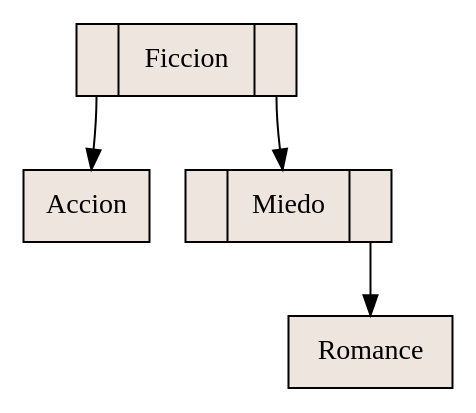
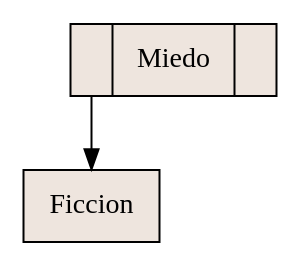
One commit to RoberttHernan/EDD_1S2020_PY2_201700870 changed the diagram in Proyecto2_EDD/graficas/Avl_grafico.dot. Above: the diagram before and after it, drawn with Graphviz. The commit also changed 24 other files, not shown here.

```diff
--- a/Proyecto2_EDD/graficas/Avl_grafico.dot
+++ b/Proyecto2_EDD/graficas/Avl_grafico.dot
@@ -1,11 +1,7 @@
 digraph grafica{
 rankdir=TB;
 node [shape = record, style=filled, fillcolor=seashell2];
-nodo1311053135 [ label ="<C0>|Ficcion|<C1>"];
-nodo118352462 [ label ="Accion"];
+nodo1311053135 [ label ="<C0>|Miedo|<C1>"];
+nodo118352462 [ label ="Ficcion"];
 nodo1311053135:C0->nodo118352462
-nodo1550089733 [ label ="<C0>|Miedo|<C1>"];
-nodo865113938 [ label ="Romance"];
-nodo1550089733:C1->nodo865113938
-nodo1311053135:C1->nodo1550089733
 }
```
